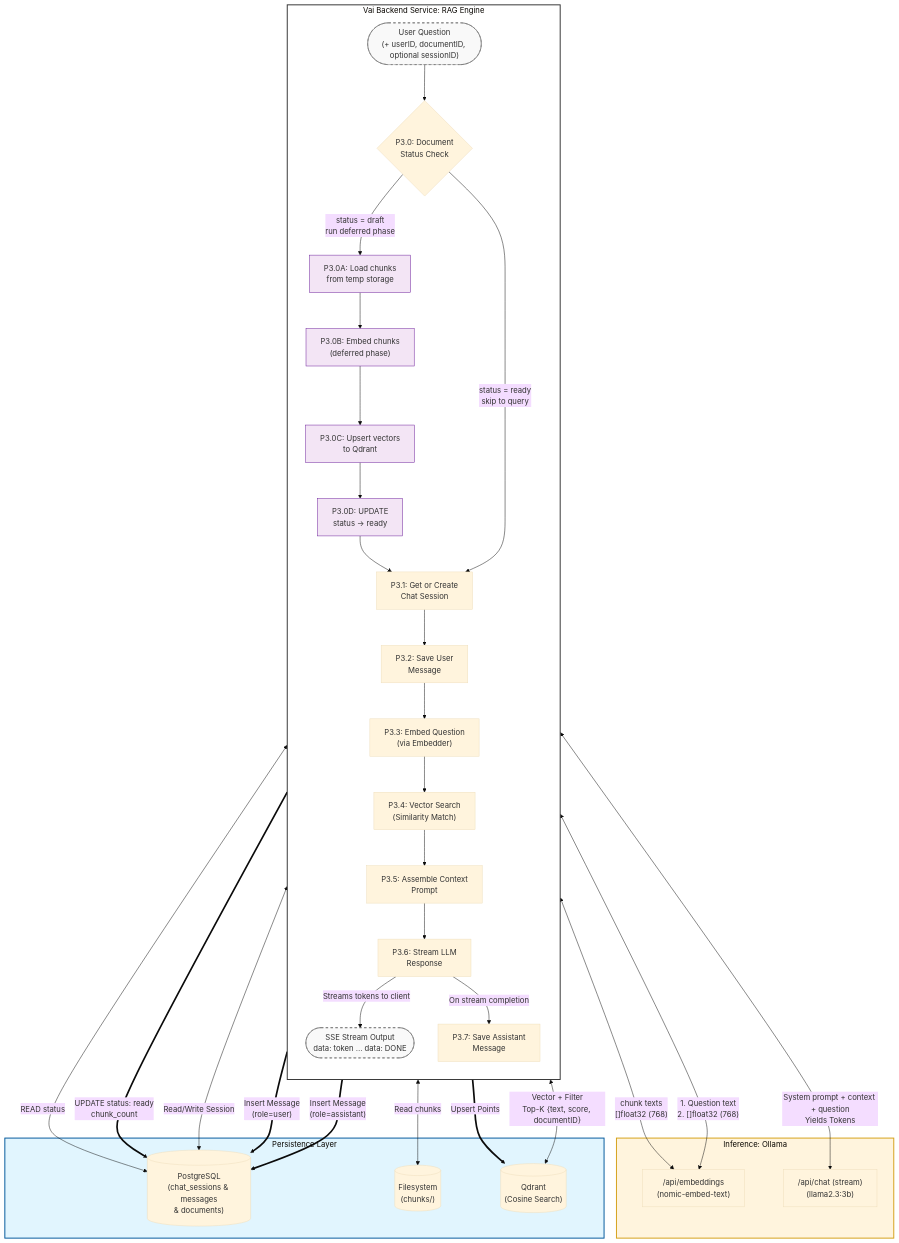
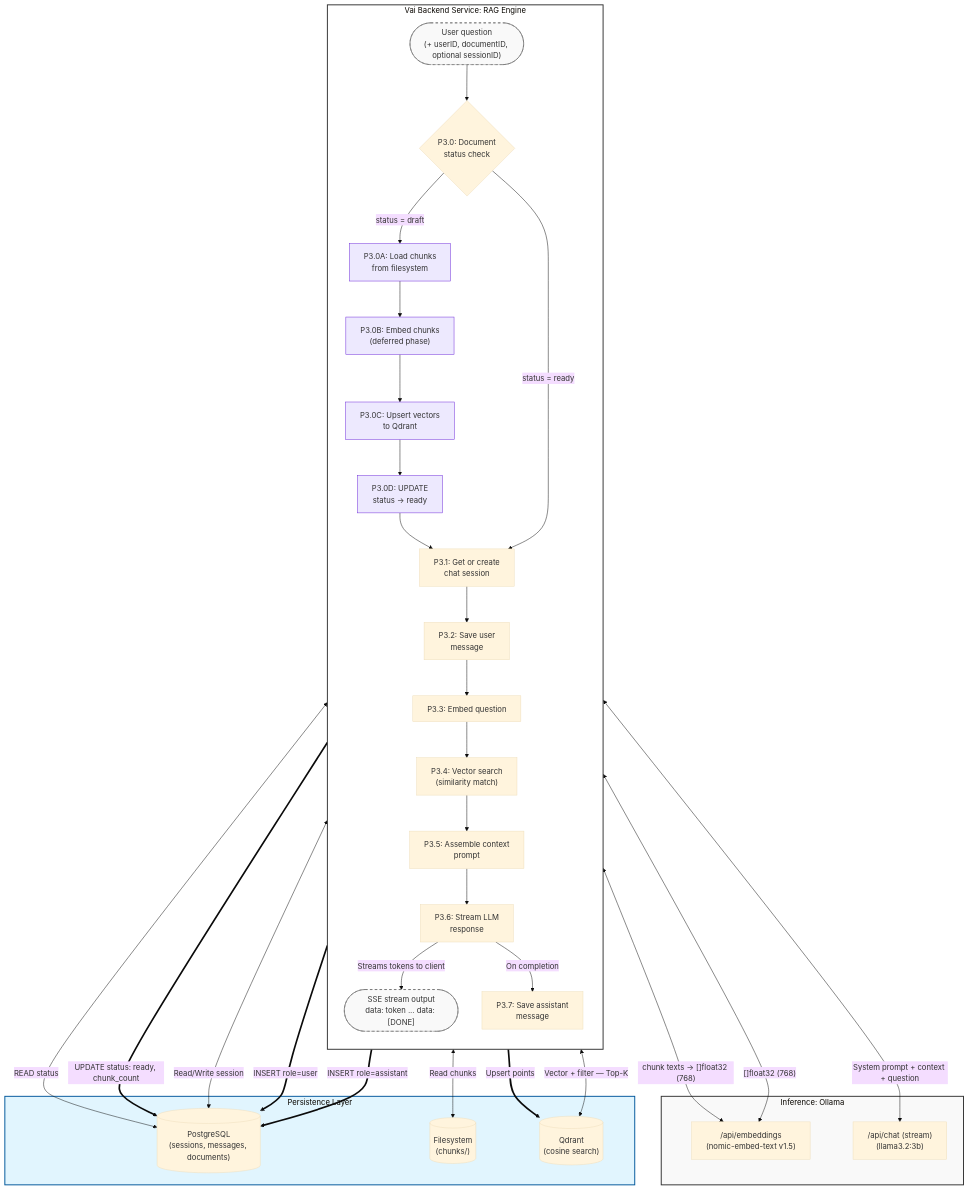
One commit to ABDELRAHMAN-ELRAYES/Vai changed the fourth of 5 diagrams in docs/diagrams/DFD.md. Above: the diagram before and after it, drawn with Mermaid (base theme). The commit also changed other lines of this file and 14 other files, not shown here.

````diff
--- a/docs/diagrams/DFD.md
+++ b/docs/diagrams/DFD.md
@@ -223,76 +200,65 @@
 ```mermaid
 flowchart TD
     subgraph App [Vai Backend Service: RAG Engine]
         direction TB
-        Start(["User Question\n(+ userID, documentID, optional sessionID)"])
+        Start(["User question\n(+ userID, documentID, optional sessionID)"])
 
-        P3_0{"P3.0: Document\nStatus Check"}
-        P3_0A["P3.0A: Load chunks\nfrom temp storage"]
+        P3_0{"P3.0: Document\nstatus check"}
+        P3_0A["P3.0A: Load chunks\nfrom filesystem"]
         P3_0B["P3.0B: Embed chunks\n(deferred phase)"]
         P3_0C["P3.0C: Upsert vectors\nto Qdrant"]
         P3_0D["P3.0D: UPDATE\nstatus → ready"]
 
-        P3_1["P3.1: Get or Create\nChat Session"]
-        P3_2["P3.2: Save User\nMessage"]
-        P3_3["P3.3: Embed Question\n(via Embedder)"]
-        P3_4["P3.4: Vector Search\n(Similarity Match)"]
-        P3_5["P3.5: Assemble Context\nPrompt"]
-        P3_6["P3.6: Stream LLM\nResponse"]
-        P3_7["P3.7: Save Assistant\nMessage"]
+        P3_1["P3.1: Get or create\nchat session"]
+        P3_2["P3.2: Save user\nmessage"]
+        P3_3["P3.3: Embed question"]
+        P3_4["P3.4: Vector search\n(similarity match)"]
+        P3_5["P3.5: Assemble context\nprompt"]
+        P3_6["P3.6: Stream LLM\nresponse"]
+        P3_7["P3.7: Save assistant\nmessage"]
 
-        End(["SSE Stream Output\ndata: token ... data: DONE"])
+        End(["SSE stream output\ndata: token ... data: [DONE]"])
     end
 
     subgraph AI [Inference: Ollama]
-        OL_E["/api/embeddings\n(nomic-embed-text)"]
-        OL_C["/api/chat (stream)\n(llama2.3:3b)"]
+        OL_E["/api/embeddings\n(nomic-embed-text v1.5)"]
+        OL_C["/api/chat (stream)\n(llama3.2:3b)"]
     end
 
     subgraph Data [Persistence Layer]
-        DB[("PostgreSQL\n(chat_sessions & messages\n& documents)")]
+        DB[("PostgreSQL\n(sessions, messages, documents)")]
         FS_TMP[("Filesystem\n(chunks/)")]
-        QD[("Qdrant\n(Cosine Search)")]
+        QD[("Qdrant\n(cosine search)")]
     end
 
-    %% Status gate
     Start --> P3_0
-    P3_0 -->|"status = draft\nrun deferred phase"| P3_0A
-    P3_0A --> P3_0B
-    P3_0B --> P3_0C
-    P3_0C --> P3_0D
-    P3_0D --> P3_1
-    P3_0 -->|"status = ready\nskip to query"| P3_1
+    P3_0 -->|"status = draft"| P3_0A
+    P3_0A --> P3_0B --> P3_0C --> P3_0D --> P3_1
+    P3_0 -->|"status = ready"| P3_1
 
-    %% Main RAG flow
-    P3_1 --> P3_2
-    P3_2 --> P3_3
-    P3_3 --> P3_4
-    P3_4 --> P3_5
-    P3_5 --> P3_6
+    P3_1 --> P3_2 --> P3_3 --> P3_4 --> P3_5 --> P3_6
     P3_6 -->|"Streams tokens to client"| End
-    P3_6 -->|"On stream completion"| P3_7
+    P3_6 -->|"On completion"| P3_7
 
-    %% IO — deferred phase
     P3_0 <-->|"READ status"| DB
     P3_0A <-->|"Read chunks"| FS_TMP
-    P3_0B <-->|"chunk texts\n[]float32 (768)"| OL_E
-    P3_0C ==>|"Upsert Points"| QD
-    P3_0D ==>|"UPDATE status: ready\nchunk_count"| DB
+    P3_0B <-->|"chunk texts → []float32 (768)"| OL_E
+    P3_0C ==>|"Upsert points"| QD
+    P3_0D ==>|"UPDATE status: ready, chunk_count"| DB
 
-    %% IO — RAG phase
-    P3_1 <-->|"Read/Write Session"| DB
-    P3_2 ==>|"Insert Message\n(role=user)"| DB
-    P3_3 <-->|"1. Question text\n2. []float32 (768)"| OL_E
-    P3_4 <-->|"Vector + Filter\nTop-K {text, score, documentID}"| QD
-    P3_6 <-->|"System prompt + context + question\nYields Tokens"| OL_C
-    P3_7 ==>|"Insert Message\n(role=assistant)"| DB
+    P3_1 <-->|"Read/Write session"| DB
+    P3_2 ==>|"INSERT role=user"| DB
+    P3_3 <-->|"[]float32 (768)"| OL_E
+    P3_4 <-->|"Vector + filter — Top-K"| QD
+    P3_6 <-->|"System prompt + context + question"| OL_C
+    P3_7 ==>|"INSERT role=assistant"| DB
 
     style App fill:#ffffff,stroke:#333,stroke-width:2px
-    style AI fill:#fff4dd,stroke:#d4a017,stroke-width:2px
+    style AI fill:#f9f9f9,stroke:#333,stroke-width:2px
     style Data fill:#e1f5fe,stroke:#01579b,stroke-width:2px
 
     classDef io fill:#f9f9f9,stroke:#666,stroke-width:1px,stroke-dasharray: 5 5
-    classDef deferred fill:#f3e5f5,stroke:#6a1b9a,stroke-width:1px
+    classDef deferred fill:#ede9fe,stroke:#6d28d9,stroke-width:1px
     class Start,End io
     class P3_0A,P3_0B,P3_0C,P3_0D deferred
 ```
````
